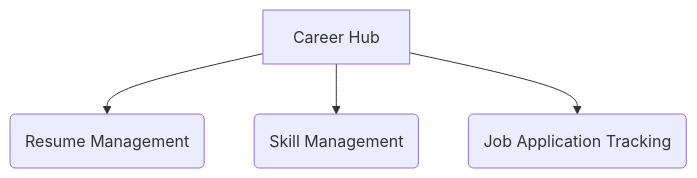
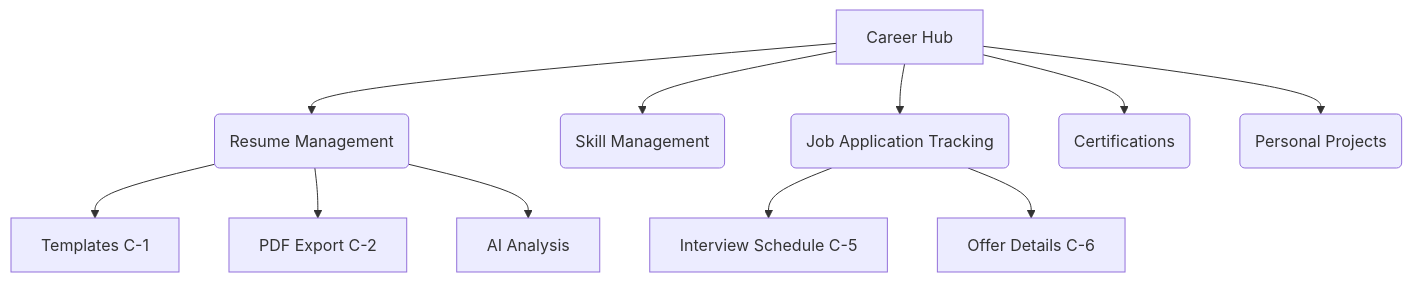
One commit to sufiyanshaikh06/integrum changed the third of 4 diagrams in PROJECT_PROGRESS.md. Above: the diagram before and after it, drawn with Mermaid. The commit also changed other lines of this file, not shown here.

````diff
--- a/PROJECT_PROGRESS.md
+++ b/PROJECT_PROGRESS.md
@@ -214,6 +126,15 @@
 ```mermaid
 graph TD
     A[Career Hub] --> B(Resume Management)
     A --> C(Skill Management)
     A --> D(Job Application Tracking)
+    A --> E(Certifications)
+    A --> F(Personal Projects)
+
+    B --> B1[Templates C-1]
+    B --> B2[PDF Export C-2]
+    B --> B3[AI Analysis]
+
+    D --> D1[Interview Schedule C-5]
+    D --> D2[Offer Details C-6]
 ```
````
